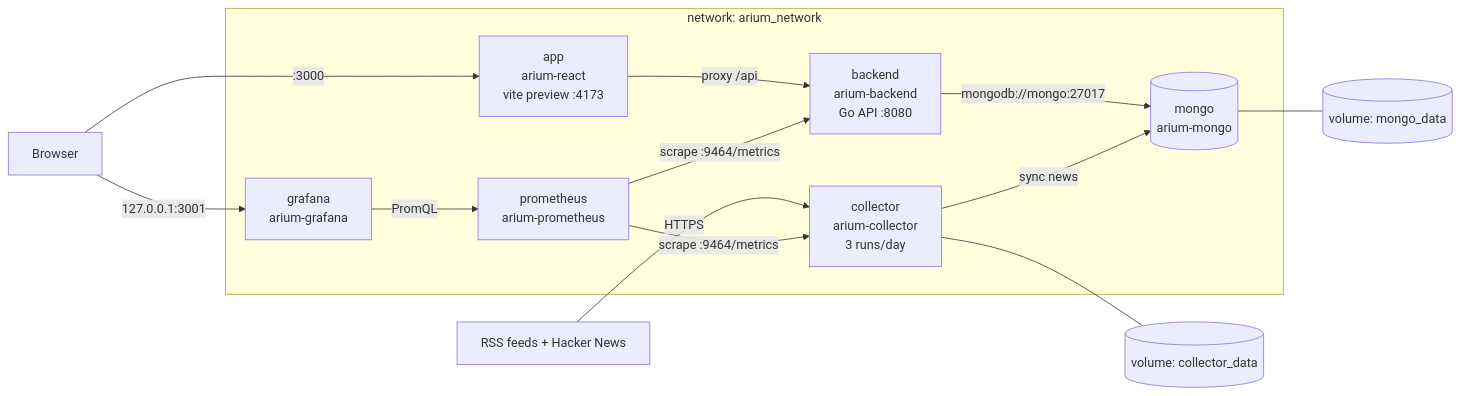
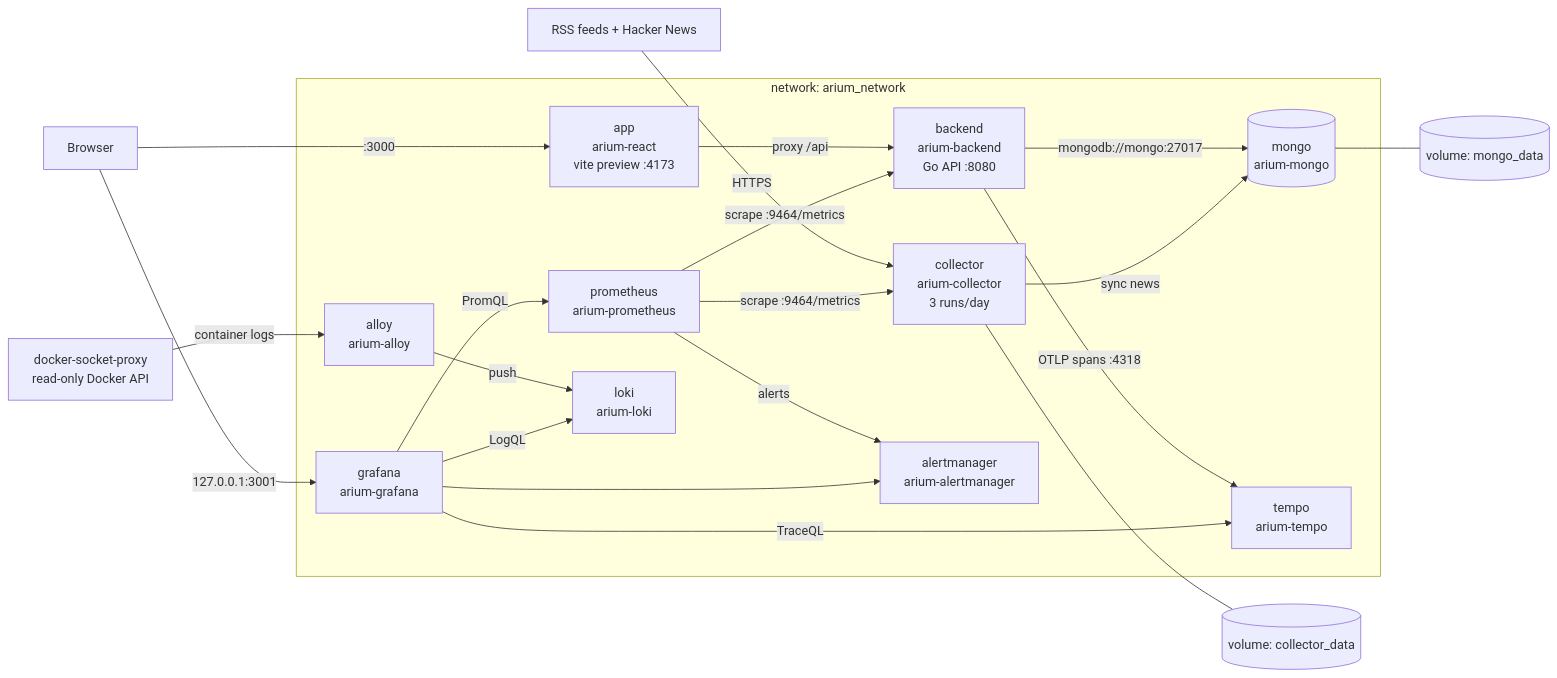
The diagram in devops/docker/README.md (fmolinar/arium), drawn with Mermaid before and after one commit. The commit also changed other lines of this file and 30 other files, not shown here.

````diff
--- a/devops/docker/README.md
+++ b/devops/docker/README.md
@@ -8,25 +8,36 @@
 ```mermaid
 flowchart LR
     user["Browser"] -- ":3000" --> app["app<br/>arium-react<br/>vite preview :4173"]
     app -- "proxy /api" --> backend["backend<br/>arium-backend<br/>Go API :8080"]
     backend -- "mongodb://mongo:27017" --> mongo[("mongo<br/>arium-mongo")]
     mongo --- mongoVol[("volume: mongo_data")]
 
     internet["RSS feeds + Hacker News"] -- "HTTPS" --> collector["collector<br/>arium-collector<br/>3 runs/day"]
     collector --- colVol[("volume: collector_data")]
     collector -- "sync news" --> mongo
 
     prometheus["prometheus<br/>arium-prometheus"] -- "scrape :9464/metrics" --> backend
     prometheus -- "scrape :9464/metrics" --> collector
+    prometheus -- "alerts" --> alertmanager["alertmanager<br/>arium-alertmanager"]
+    backend -- "OTLP spans :4318" --> tempo["tempo<br/>arium-tempo"]
+    proxy["docker-socket-proxy<br/>read-only Docker API"] -- "container logs" --> alloy["alloy<br/>arium-alloy"]
+    alloy -- "push" --> loki["loki<br/>arium-loki"]
     grafana["grafana<br/>arium-grafana"] -- "PromQL" --> prometheus
+    grafana -- "LogQL" --> loki
+    grafana -- "TraceQL" --> tempo
+    grafana --> alertmanager
     user -- "127.0.0.1:3001" --> grafana
 
     subgraph net ["network: arium_network"]
         app
         backend
         mongo
         collector
         prometheus
+        alertmanager
+        loki
+        tempo
+        alloy
         grafana
     end
 ```
````
